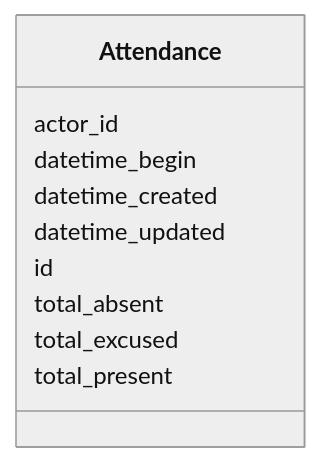
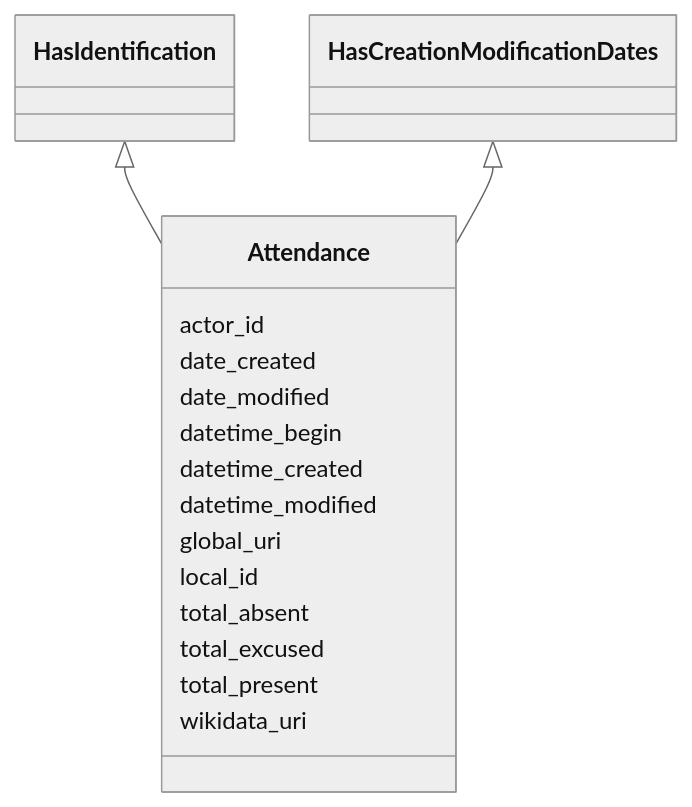
The diagram in ech-0293_operations/output/docs/Attendance.md (swiss/political-affairs-ech-group), drawn with Mermaid (neutral theme) before and after one commit. The commit also changed other lines of this file and 79 other files, not shown here.

````diff
--- a/ech-0293_operations/output/docs/Attendance.md
+++ b/ech-0293_operations/output/docs/Attendance.md
@@ -22,22 +22,35 @@
 ```mermaid
  classDiagram
     class Attendance
     click Attendance href "../Attendance/"
+      HasIdentification <|-- Attendance
+        click HasIdentification href "../HasIdentification/"
+      HasCreationModificationDates <|-- Attendance
+        click HasCreationModificationDates href "../HasCreationModificationDates/"
+      
       Attendance : actor_id
+        
+      Attendance : date_created
+        
+      Attendance : date_modified
         
       Attendance : datetime_begin
         
       Attendance : datetime_created
         
-      Attendance : datetime_updated
+      Attendance : datetime_modified
         
-      Attendance : id
+      Attendance : global_uri
+        
+      Attendance : local_id
         
       Attendance : total_absent
         
       Attendance : total_excused
         
       Attendance : total_present
         
+      Attendance : wikidata_uri
+        
       
 ```
````
